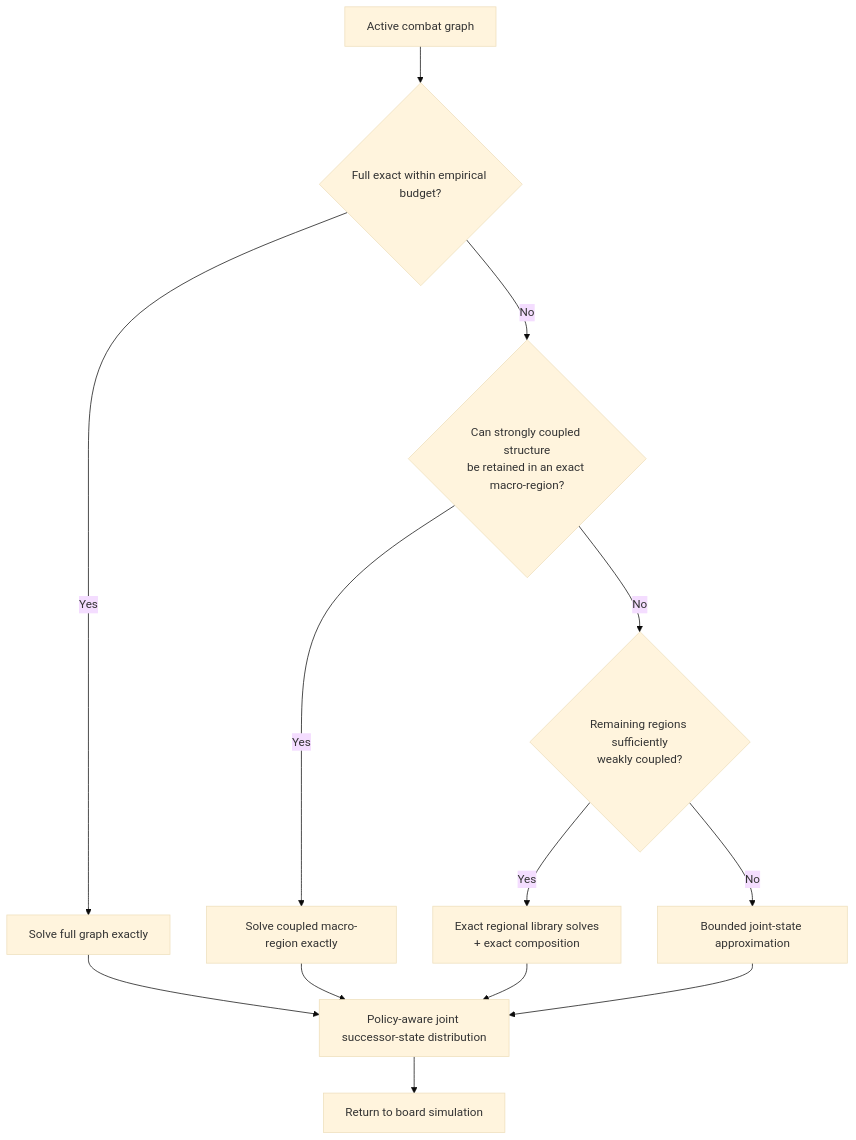
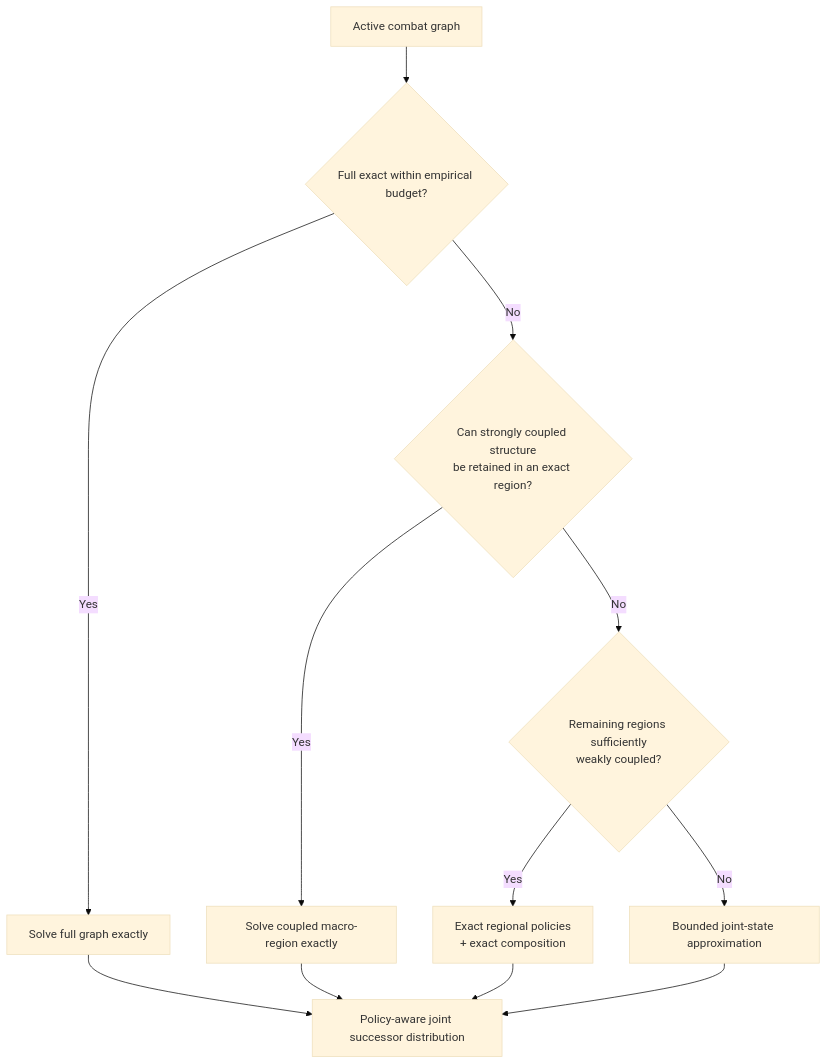
The fourth of 4 diagrams in docs/architecture.md (IkonRules/risk-strategy-optimization), drawn with Mermaid (base theme) before and after one commit. The commit also changed other lines of this file and 3 other files, not shown here.

````diff
--- a/docs/architecture.md
+++ b/docs/architecture.md
@@ -1007,32 +735,28 @@
 ```mermaid
 flowchart TD
     G["Active combat graph"]
     F{"Full exact within empirical budget?"}
-
     X["Solve full graph exactly"]
 
-    C{"Can strongly coupled structure<br/>be retained in an exact macro-region?"}
+    C{"Can strongly coupled structure<br/>be retained in an exact region?"}
     M["Solve coupled macro-region exactly"]
 
     W{"Remaining regions sufficiently<br/>weakly coupled?"}
-    R["Exact regional library solves<br/>+ exact composition"]
+    R["Exact regional policies<br/>+ exact composition"]
 
     A["Bounded joint-state approximation"]
-
-    J["Policy-aware joint successor-state distribution"]
-    B["Return to board simulation"]
+    J["Policy-aware joint successor distribution"]
 
     G --> F
     F -- Yes --> X
     F -- No --> C
     C -- Yes --> M
     C -- No --> W
     W -- Yes --> R
     W -- No --> A
 
     X --> J
     M --> J
     R --> J
     A --> J
-    J --> B
 ```
````
